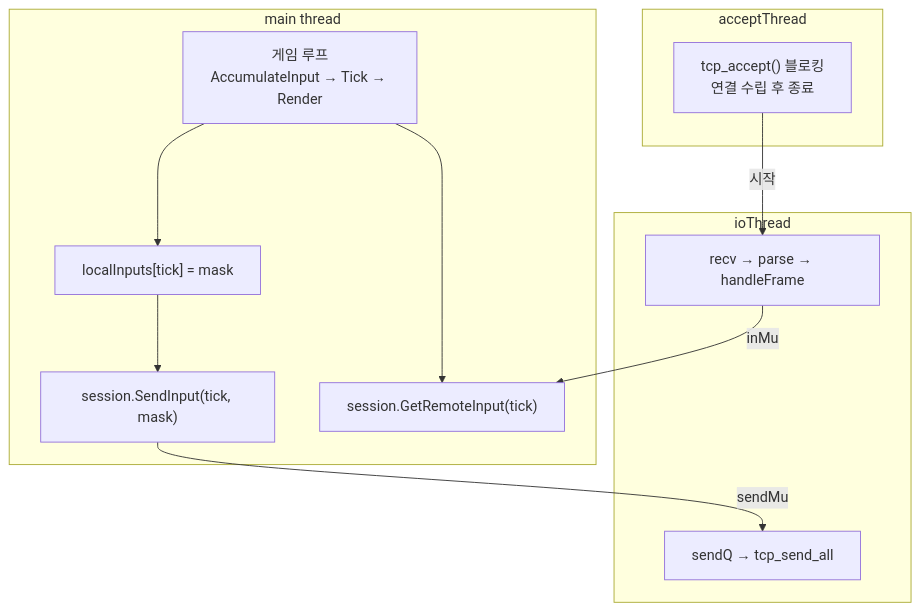
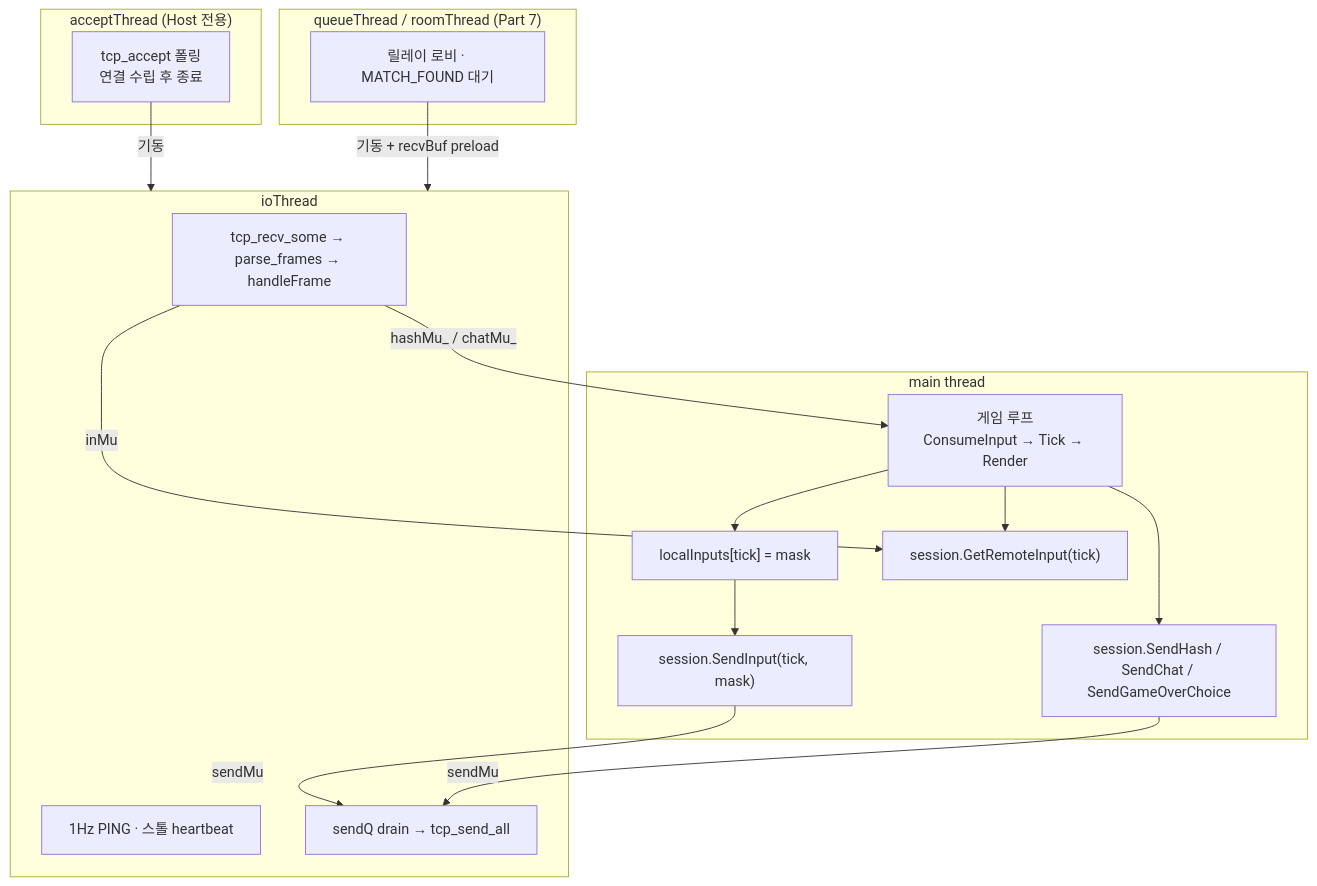
The fifth of 13 diagrams in docs/blog/part6-lockstep-networking.md (Rein-ArXiv/Tetris-Multiplayer-RL), drawn with Mermaid before and after one commit. The commit also changed other lines of this file and 41 other files, not shown here.

````diff
--- a/docs/blog/part6-lockstep-networking.md
+++ b/docs/blog/part6-lockstep-networking.md
@@ -530,22 +1215,31 @@
 ```mermaid
 graph TB
-    subgraph "main thread"
-        A["게임 루프<br/>AccumulateInput → Tick → Render"]
+    subgraph MAIN["main thread"]
+        A["게임 루프<br/>ConsumeInput → Tick → Render"]
         B["localInputs[tick] = mask"]
         C["session.SendInput(tick, mask)"]
         D["session.GetRemoteInput(tick)"]
+        E["session.SendHash / SendChat / SendGameOverChoice"]
     end
-    subgraph "acceptThread"
-        E["tcp_accept() 블로킹<br/>연결 수립 후 종료"]
+    subgraph ACC["acceptThread (Host 전용)"]
+        F["tcp_accept 폴링<br/>연결 수립 후 종료"]
     end
-    subgraph "ioThread"
-        F["recv → parse → handleFrame"]
-        G["sendQ → tcp_send_all"]
+    subgraph IO["ioThread"]
+        G["tcp_recv_some → parse_frames → handleFrame"]
+        H["1Hz PING · 스톨 heartbeat"]
+        I["sendQ drain → tcp_send_all"]
+    end
+    subgraph LOBBY["queueThread / roomThread (Part 7)"]
+        J["릴레이 로비 · MATCH_FOUND 대기"]
     end
 
     A --> B --> C
     A --> D
-    C -->|"sendMu"| G
-    F -->|"inMu"| D
-    E -->|"시작"| F
+    A --> E
+    C -->|"sendMu"| I
+    E -->|"sendMu"| I
+    G -->|"inMu"| D
+    G -->|"hashMu_ / chatMu_"| A
+    F -->|"기동"| IO
+    J -->|"기동 + recvBuf preload"| IO
 ```
````
